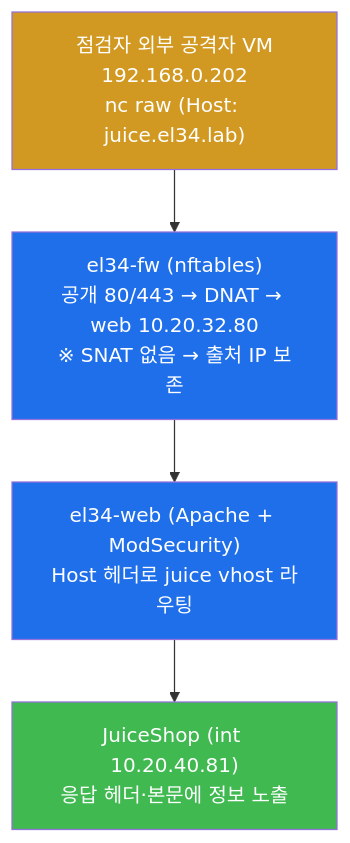
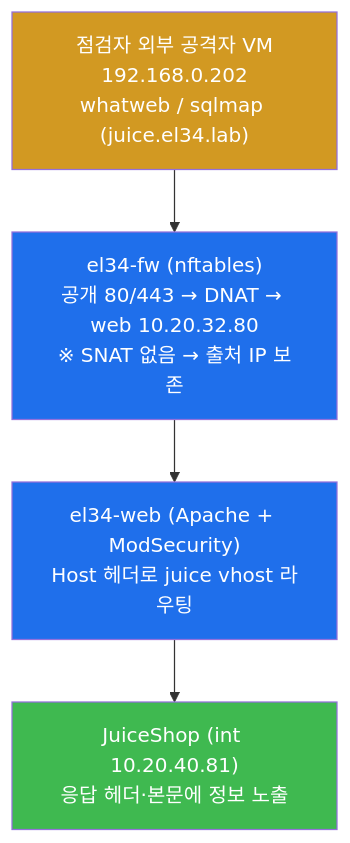
The second of 5 diagrams in contents/training/web-vuln/lecture_week11.md (mrgrit/tw2), drawn with Mermaid before and after one commit. The commit also changed other lines of this file and 25 other files, not shown here.

First line of the commit message:
fix(web-vuln): nc(raw HTTP) → 진짜 공격도구 (sqlmap/dalfox/ffuf/nikto/nuclei/hydra/whatweb)

````diff
--- a/contents/training/web-vuln/lecture_week11.md
+++ b/contents/training/web-vuln/lecture_week11.md
@@ -236,12 +236,12 @@
 ```mermaid
 graph TD
-    ATK["점검자 외부 공격자 VM<br/>192.168.0.202<br/>nc raw (Host: juice.el34.lab)"]
+    ATK["점검자 외부 공격자 VM<br/>192.168.0.202<br/>whatweb / sqlmap (juice.el34.lab)"]
     FW["el34-fw (nftables)<br/>공개 80/443 → DNAT → web 10.20.32.80<br/>※ SNAT 없음 → 출처 IP 보존"]
     WEB["el34-web (Apache + ModSecurity)<br/>Host 헤더로 juice vhost 라우팅"]
     APP["JuiceShop (int 10.20.40.81)<br/>응답 헤더·본문에 정보 노출"]
     ATK --> FW --> WEB --> APP
     style ATK fill:#d29922,color:#fff
     style FW fill:#1f6feb,color:#fff
     style WEB fill:#1f6feb,color:#fff
     style APP fill:#3fb950,color:#fff
 ```
````
